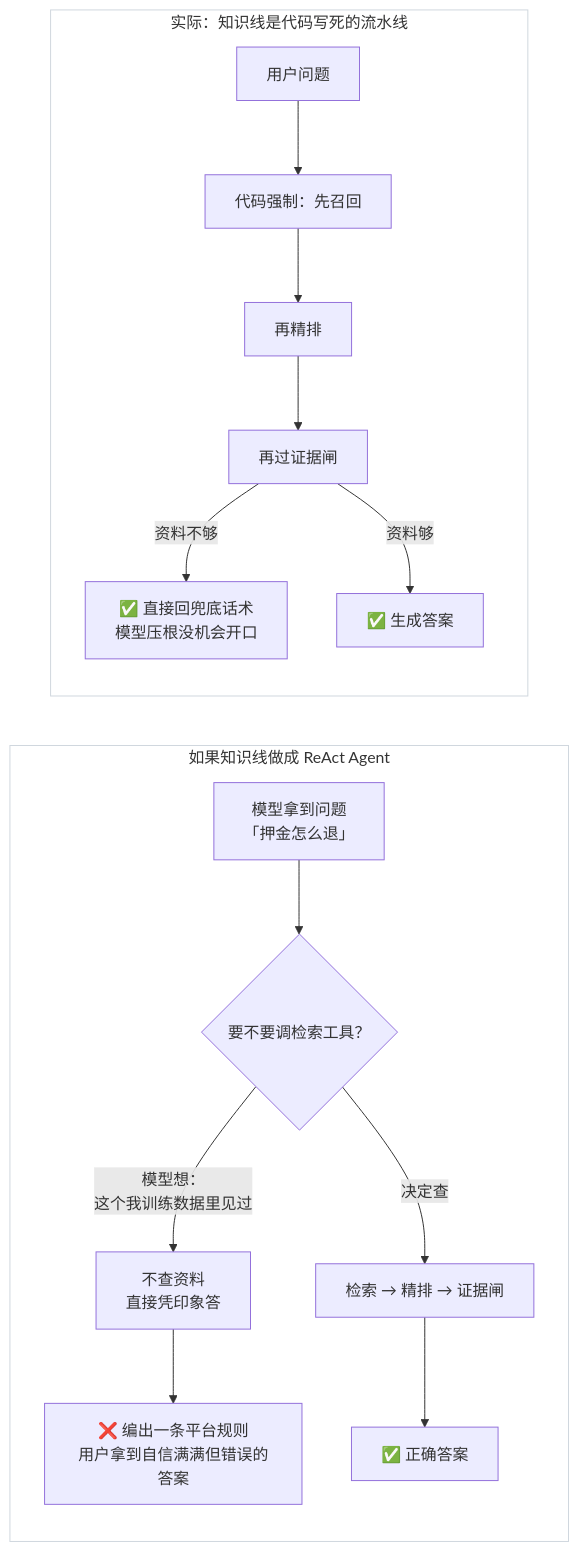
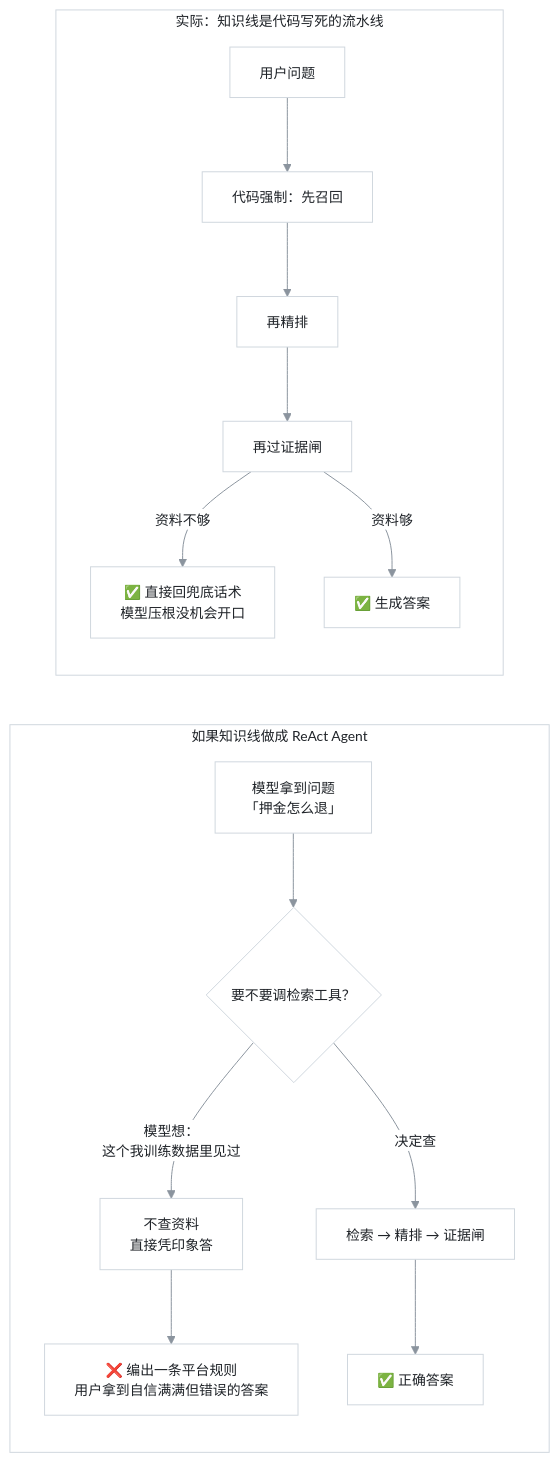
One commit to Melody022/Helper-agent changed the second of 5 diagrams in docs/架构图.md. Above: the diagram before and after it, drawn with Mermaid. The commit also changed other lines of this file and 1 other file, not shown here.

First line of the commit message:
修 Mermaid 黑底黑字：主题写死成浅色 + 显式指定文字颜色

````diff
--- a/docs/架构图.md
+++ b/docs/架构图.md
@@ -83,23 +84,24 @@
 ```mermaid
+%%{init: {'theme':'base','themeVariables':{'primaryColor':'#ffffff','primaryTextColor':'#1f2328','primaryBorderColor':'#d0d7de','lineColor':'#8b949e','secondaryColor':'#ffffff','tertiaryColor':'#ffffff','textColor':'#1f2328','fontSize':'14px'}}}%%
 flowchart LR
     subgraph BAD["如果知识线做成 ReAct Agent"]
         direction TB
         B1["模型拿到问题<br/>「押金怎么退」"] --> B2{"要不要调检索工具？"}
         B2 -->|"模型想：<br/>这个我训练数据里见过"| B3["不查资料<br/>直接凭印象答"]
         B2 -->|"决定查"| B4["检索 → 精排 → 证据闸"]
         B3 --> B5["❌ 编出一条平台规则<br/>用户拿到自信满满但错误的答案"]
         B4 --> B6["✅ 正确答案"]
     end
 
     subgraph GOOD["实际：知识线是代码写死的流水线"]
         direction TB
         G1["用户问题"] --> G2["代码强制：先召回"]
         G2 --> G3["再精排"]
         G3 --> G4["再过证据闸"]
         G4 -->|"资料不够"| G5["✅ 直接回兜底话术<br/>模型压根没机会开口"]
         G4 -->|"资料够"| G6["✅ 生成答案"]
     end
 
-    style BAD fill:#ffffff,stroke:#d0d7de
-    style GOOD fill:#ffffff,stroke:#d0d7de
+    style BAD fill:#ffffff,stroke:#d0d7de,color:#1f2328
+    style GOOD fill:#ffffff,stroke:#d0d7de,color:#1f2328
 ```
````
